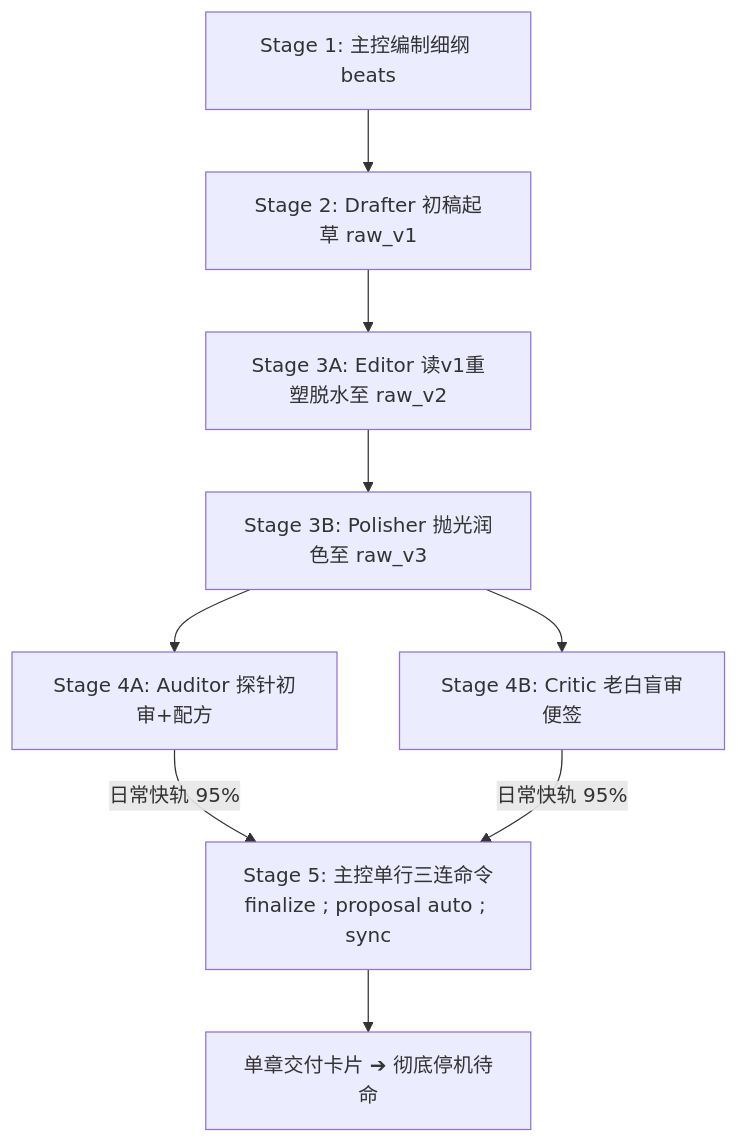
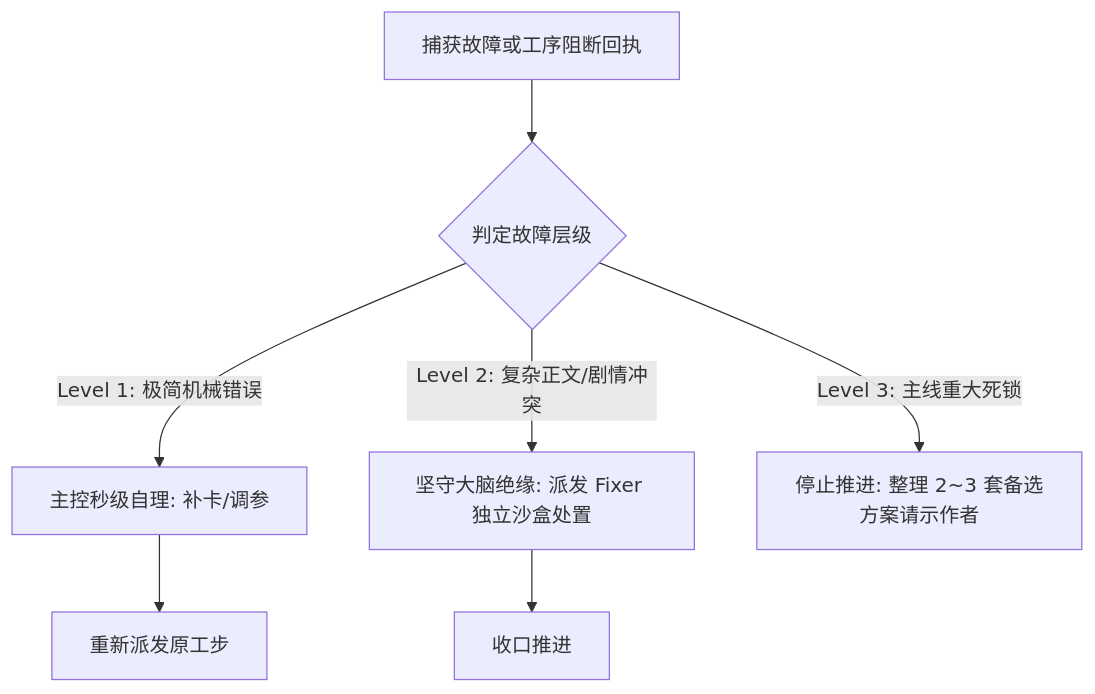
The second of 2 diagrams in .agents/skills/director/SKILL.md (cg110902/NOVEL), drawn with Mermaid before and after one commit. The commit also changed other lines of this file and 11 other files, not shown here.

````diff
--- a/.agents/skills/director/SKILL.md
+++ b/.agents/skills/director/SKILL.md
@@ -105,11 +300,7 @@
 ```mermaid
 graph TD
-    S1[Stage 1: 主控编制细纲 beats] --> S2[Stage 2: Drafter 初稿起草 raw_v1]
-    S2 --> S3[Stage 3A: Editor 读v1重塑脱水至 raw_v2]
-    S3 --> S35[Stage 3B: Polisher 抛光润色至 raw_v3]
-    S35 --> S4A[Stage 4A: Auditor 探针初审+配方]
-    S35 --> S4B[Stage 4B: Critic 老白盲审便签]
-    S4A -->|日常快轨 95%| S5[Stage 5: 主控单行三连命令<br/>finalize ; proposal auto ; sync]
-    S4B -->|日常快轨 95%| S5
-    S5 --> S6[单章交付卡片 ➔ 彻底停机待命]
+    Err[捕获故障或工序阻断回执] --> Judge{判定故障层级}
+    Judge -->|Level 1: 极简机械错误| Fix1[主控秒级自理: 补卡/调参] --> Retry[重新派发原工步]
+    Judge -->|Level 2: 复杂正文/剧情冲突| Fix2[坚守大脑绝缘: 派发 Fixer 独立沙盒处置] --> Close[收口推进]
+    Judge -->|Level 3: 主线重大死锁| Fix3[停止推进: 整理 2~3 套备选方案请示作者]
 ```
````
